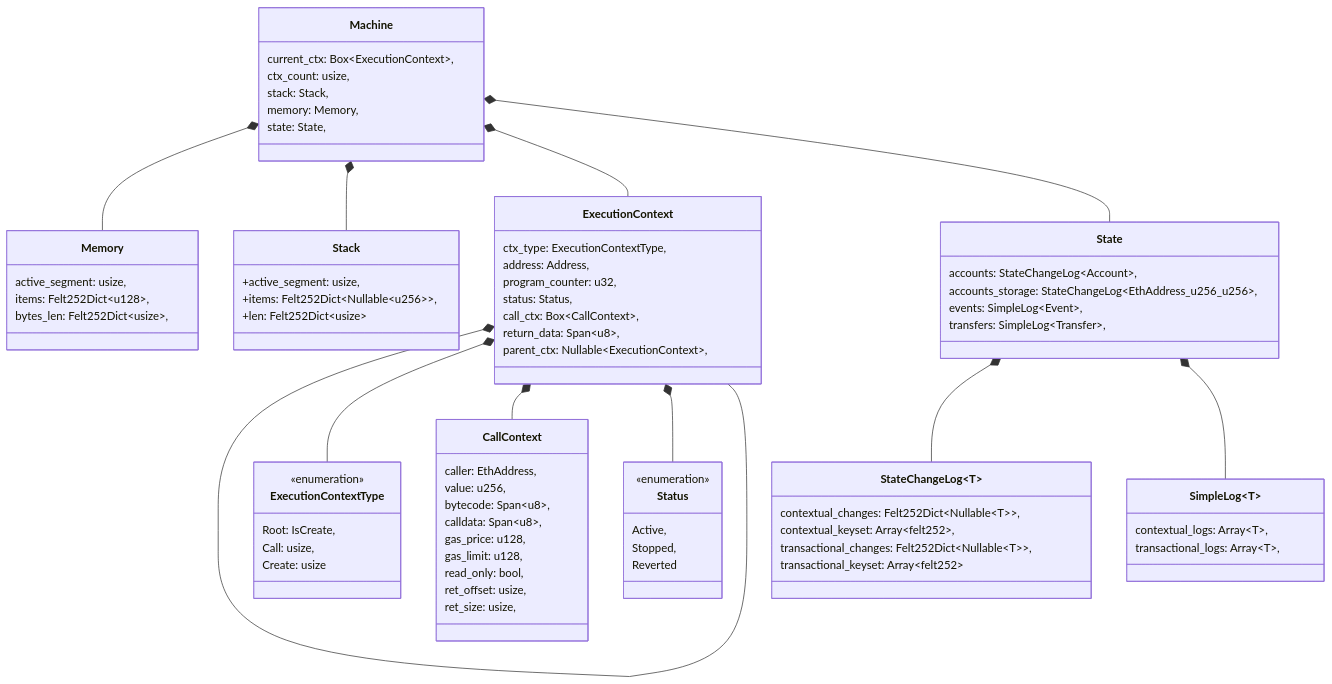
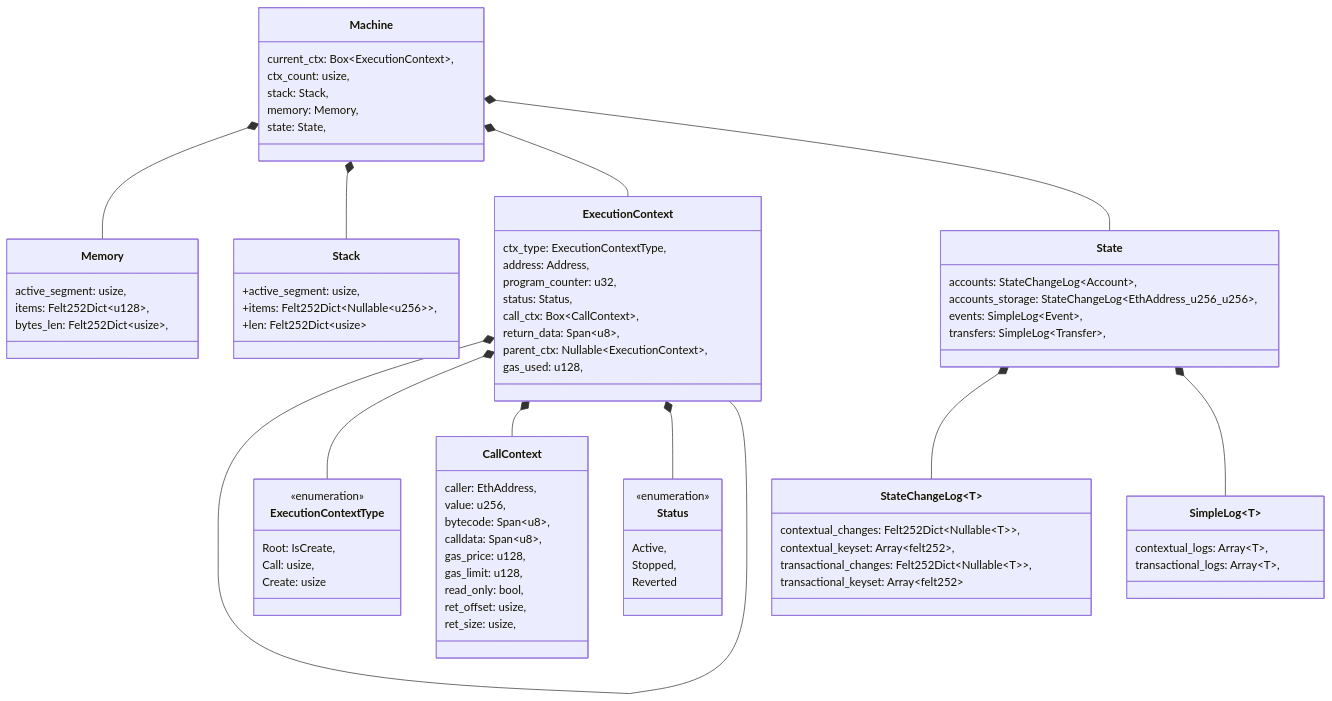
One commit to kkrt-labs/kakarot-ssj changed the first of 2 diagrams in docs/general/machine.md. Above: the diagram before and after it, drawn with Mermaid.

Commit message:
docs: add gas_used

```diff
--- a/docs/general/machine.md
+++ b/docs/general/machine.md
@@ -73,6 +73,7 @@
       call_ctx: Box~CallContext~,
       return_data: Span~u8~,
       parent_ctx: Nullable~ExecutionContext~,
+      gas_used: u128,
     }
 
     class ExecutionContextType {
```
